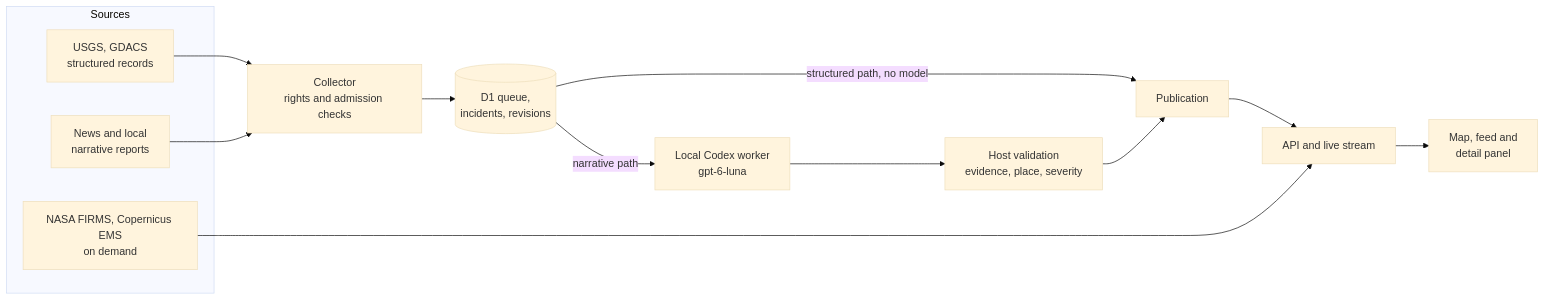
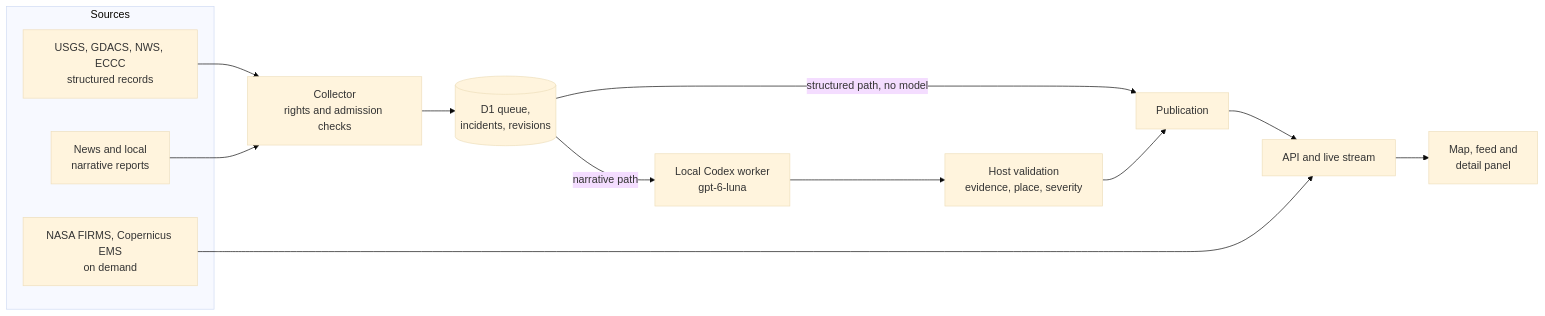
One commit to fortunexbt/world-watch changed the diagram in README.md. Above: the diagram before and after it, drawn with Mermaid (base theme). The commit also changed other lines of this file and 49 other files, not shown here.

````diff
--- a/README.md
+++ b/README.md
@@ -34,18 +34,18 @@
 ```mermaid
 flowchart LR
   subgraph Sources
-    S1[USGS, GDACS<br/>structured records]
+    S1[USGS, GDACS, NWS, ECCC<br/>structured records]
     S2[News and local<br/>narrative reports]
     S3[NASA FIRMS, Copernicus EMS<br/>on demand]
   end
   S1 --> C[Collector<br/>rights and admission checks]
   S2 --> C
   C --> D[(D1 queue,<br/>incidents, revisions)]
   D -->|structured path, no model| P[Publication]
   D -->|narrative path| W[Local Codex worker<br/>gpt-6-luna]
   W --> V[Host validation<br/>evidence, place, severity]
   V --> P
   P --> A[API and live stream]
   S3 --> A
   A --> M[Map, feed and<br/>detail panel]
 ```
````
